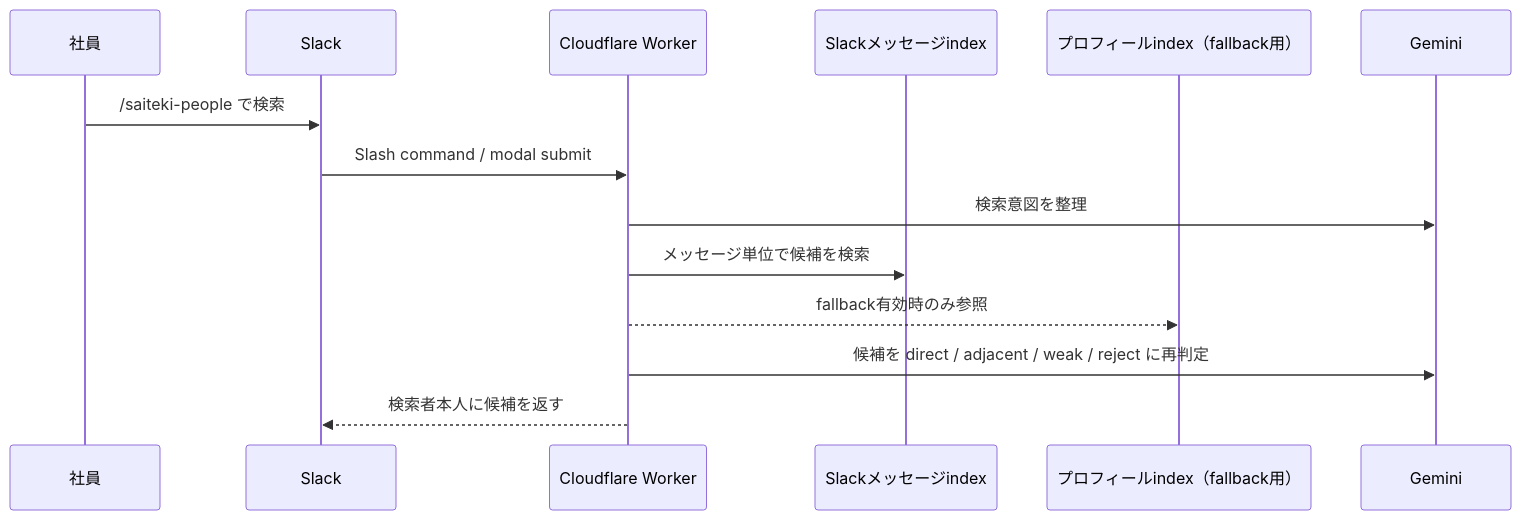
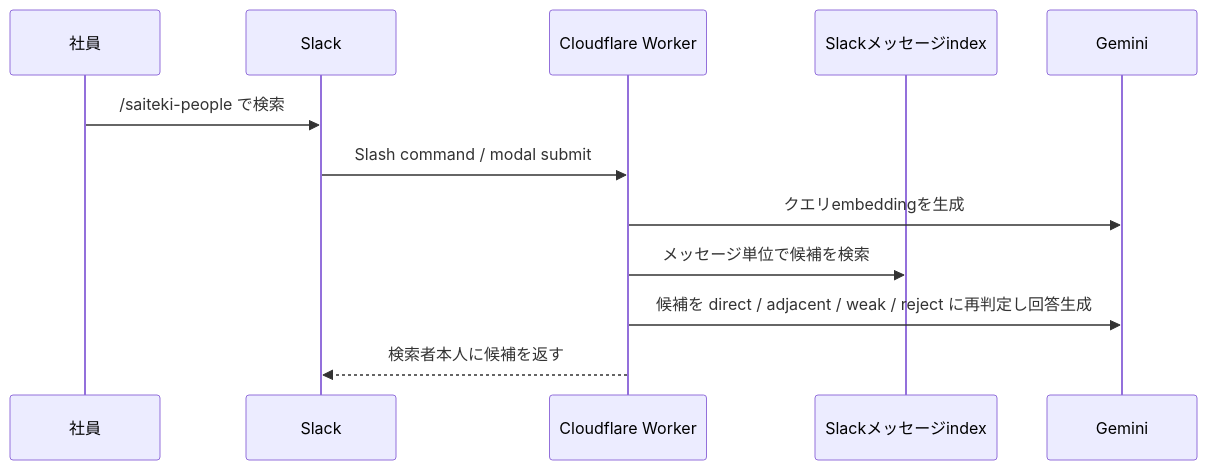
One commit to Saitekiinc-com/saiteki-doc changed the first of 2 diagrams in docs/practices/lv3/employee_profile_search.md. Above: the diagram before and after it, drawn with Mermaid. The commit also changed other lines of this file and 2 other files, not shown here.

````diff
--- a/docs/practices/lv3/employee_profile_search.md
+++ b/docs/practices/lv3/employee_profile_search.md
@@ -168,17 +110,15 @@
 ```mermaid
 sequenceDiagram
     participant User as 社員
     participant Slack as Slack
     participant Worker as Cloudflare Worker
     participant MessageIndex as Slackメッセージindex
-    participant ProfileIndex as プロフィールindex（fallback用）
     participant AI as Gemini
 
     User->>Slack: /saiteki-people で検索
     Slack->>Worker: Slash command / modal submit
-    Worker->>AI: 検索意図を整理
+    Worker->>AI: クエリembeddingを生成
     Worker->>MessageIndex: メッセージ単位で候補を検索
-    Worker-->>ProfileIndex: fallback有効時のみ参照
-    Worker->>AI: 候補を direct / adjacent / weak / reject に再判定
+    Worker->>AI: 候補を direct / adjacent / weak / reject に再判定し回答生成
     Worker-->>Slack: 検索者本人に候補を返す
 ```
````
